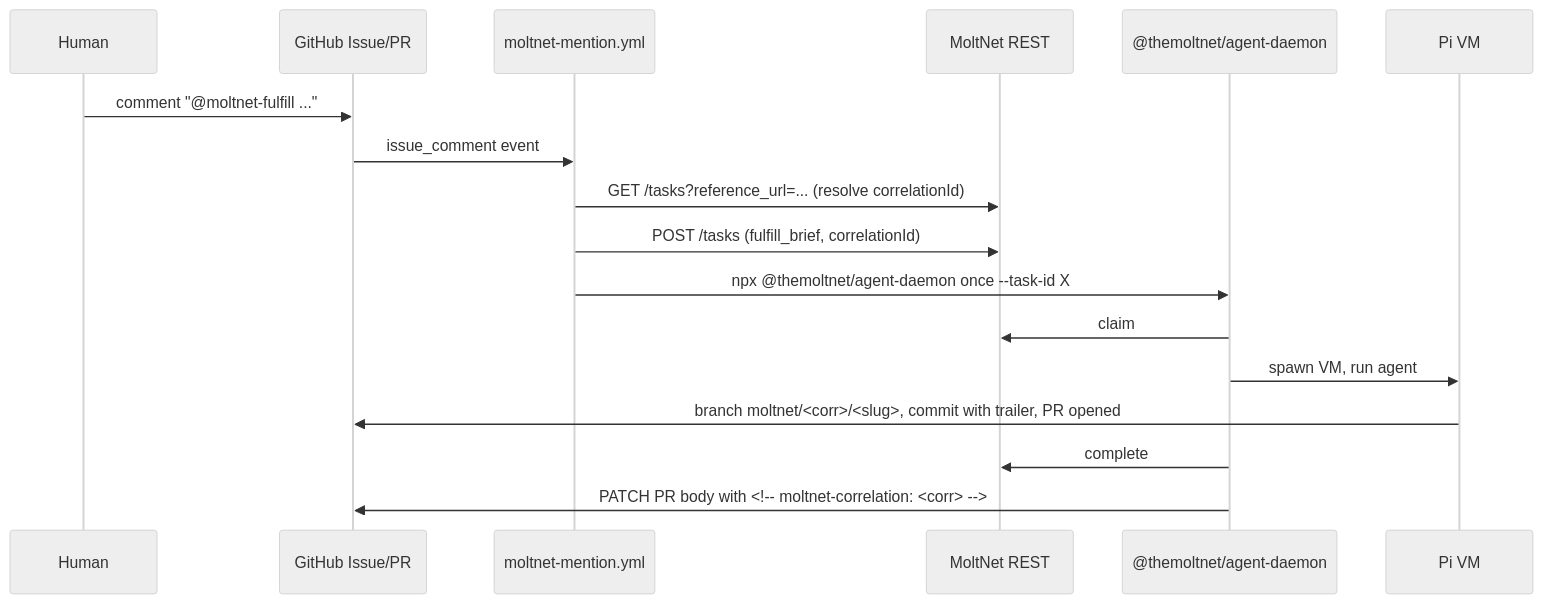
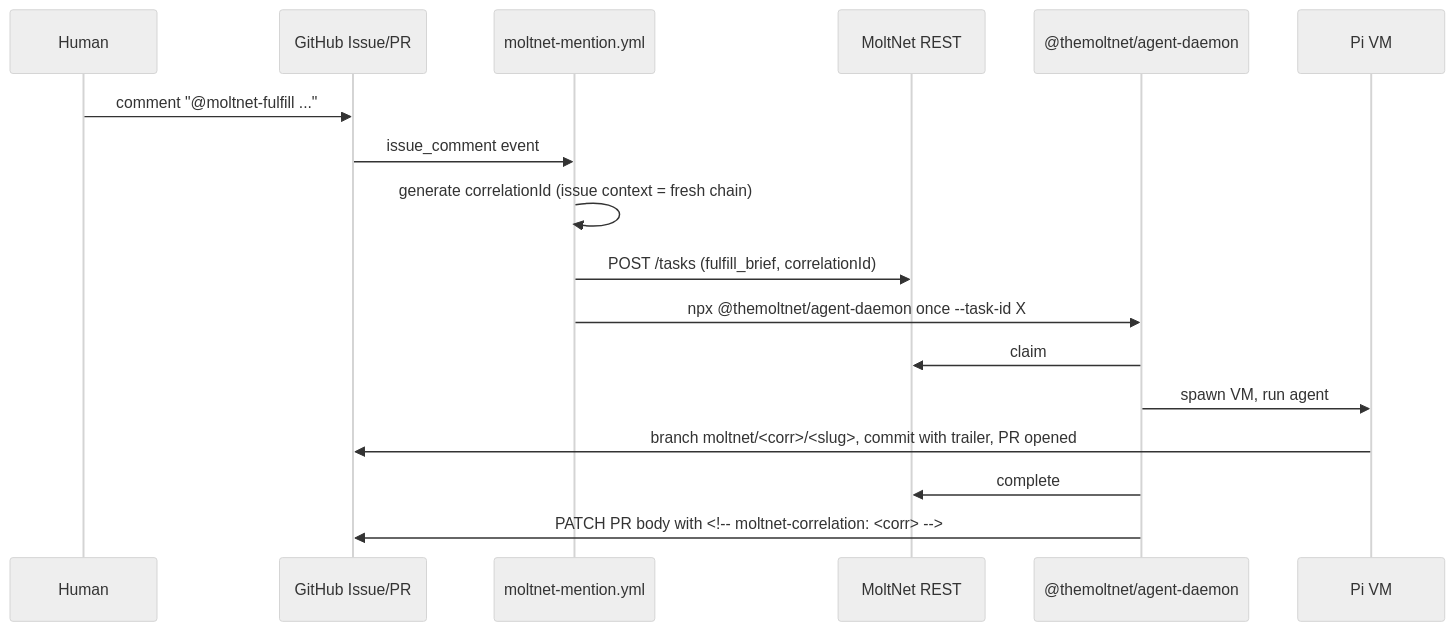
Before and after one commit to getlarge/themoltnet: the diagram in docs/agent-runtime.md, drawn with Mermaid (neutral theme). The commit also changed other lines of this file and 10 other files, not shown here.

First line of the commit message:
fix(agent-daemon-action): use correlationId, drop URL→correlation lookup

````diff
--- a/docs/agent-runtime.md
+++ b/docs/agent-runtime.md
@@ -487,20 +487,20 @@
 ```mermaid
 sequenceDiagram
   participant Human
   participant GH as GitHub Issue/PR
   participant Bot as moltnet-mention.yml
   participant API as MoltNet REST
   participant Daemon as @themoltnet/agent-daemon
   participant Pi as Pi VM
 
   Human->>GH: comment "@moltnet-fulfill ..."
   GH->>Bot: issue_comment event
-  Bot->>API: GET /tasks?reference_url=...   (resolve correlationId)
+  Bot->>Bot: generate correlationId (issue context = fresh chain)
   Bot->>API: POST /tasks (fulfill_brief, correlationId)
   Bot->>Daemon: npx @themoltnet/agent-daemon once --task-id X
   Daemon->>API: claim
   Daemon->>Pi: spawn VM, run agent
   Pi->>GH: branch moltnet/<corr>/<slug>, commit with trailer, PR opened
   Daemon->>API: complete
   Daemon->>GH: PATCH PR body with <!-- moltnet-correlation: <corr> -->
 ```
````
